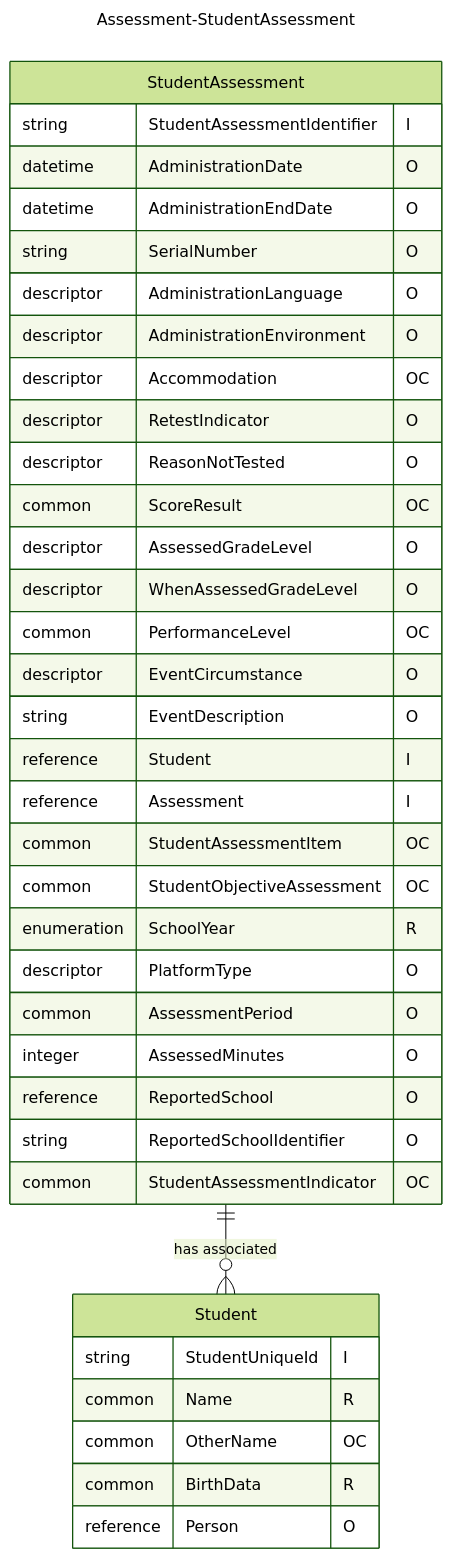
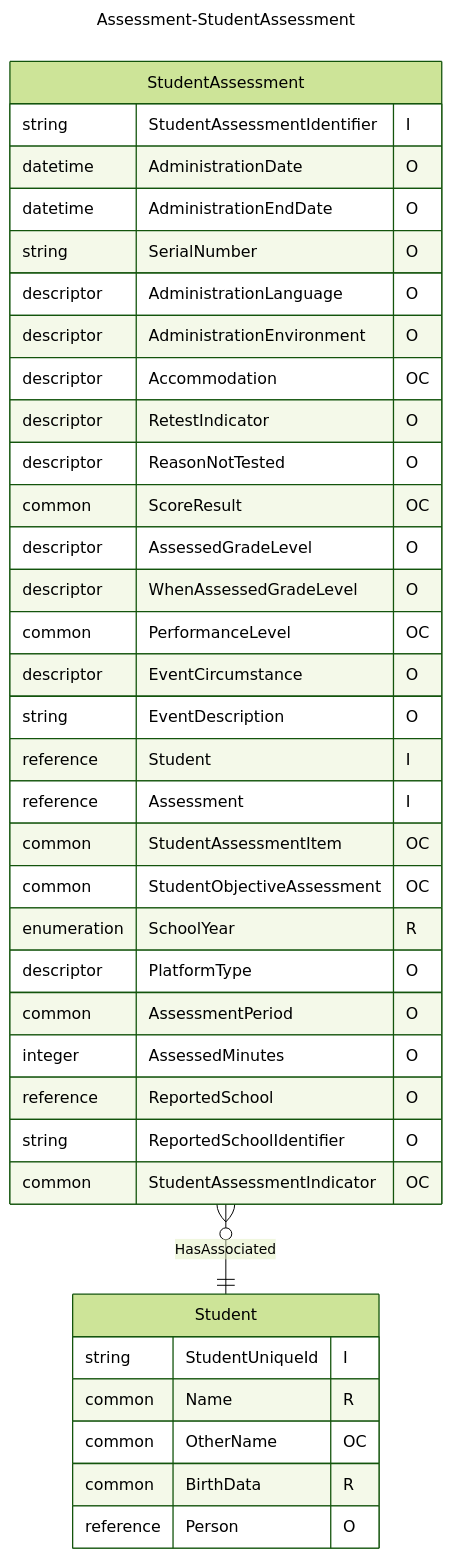
The diagram in Models/Models/Assessment-StudentAssessment.mmd (Ed-Fi-Alliance-OSS/Ed-Fi-Data-Standard), drawn with Mermaid (forest theme) before and after one commit. The commit also changed 24 other files, not shown here.

First line of the commit message:
[Datastd-2596] Auditing Mermaid UML - batch 1 for DS v6.1 (#381)

```diff
--- a/Models/Models/Assessment-StudentAssessment.mmd
+++ b/Models/Models/Assessment-StudentAssessment.mmd
@@ -1,42 +1,42 @@
 ---
 title: Assessment-StudentAssessment
 config:
   layout: elk
 ---
 erDiagram
     Student {
         string StudentUniqueId "I"
         common Name "R"
         common OtherName "OC"
         common BirthData "R"
         reference Person "O"
     }
     StudentAssessment {
         string StudentAssessmentIdentifier "I"
         datetime AdministrationDate "O"
         datetime AdministrationEndDate "O"
         string SerialNumber "O"
         descriptor AdministrationLanguage "O"
         descriptor AdministrationEnvironment "O"
         descriptor Accommodation "OC"
         descriptor RetestIndicator "O"
         descriptor ReasonNotTested "O"
         common ScoreResult "OC"
         descriptor AssessedGradeLevel "O"
         descriptor WhenAssessedGradeLevel "O"
         common PerformanceLevel "OC"
         descriptor EventCircumstance "O"
         string EventDescription "O"
         reference Student "I"
         reference Assessment "I"
         common StudentAssessmentItem "OC"
         common StudentObjectiveAssessment "OC"
         enumeration SchoolYear "R"
         descriptor PlatformType "O"
         common AssessmentPeriod "O"
         integer AssessedMinutes "O"
         reference ReportedSchool "O"
         string ReportedSchoolIdentifier "O"
         common StudentAssessmentIndicator "OC"
     }
-    StudentAssessment ||--o{ Student : "has associated"
+    StudentAssessment }o--|| Student : "HasAssociated"
```
